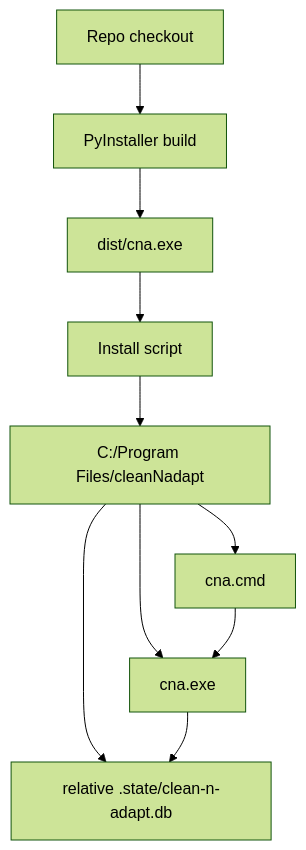
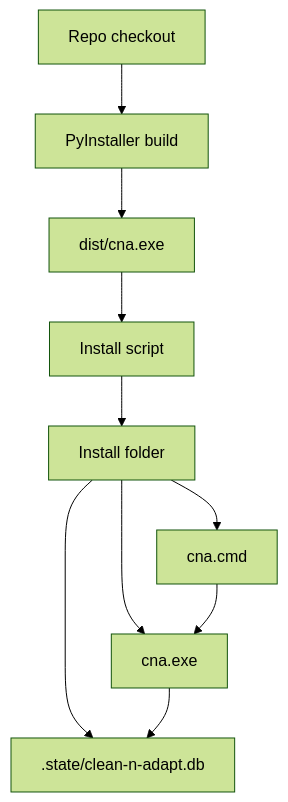
One commit to snehil-pandey/clean-n-adapt changed the second of 7 diagrams in ARCHITECTURE.md. Above: the diagram before and after it, drawn with Mermaid (forest theme). The commit also changed other lines of this file and 2 other files, not shown here.

````diff
--- a/ARCHITECTURE.md
+++ b/ARCHITECTURE.md
@@ -21,12 +29,12 @@
 ```mermaid
 flowchart TD
     Source["Repo checkout"] --> Build["PyInstaller build"]
     Build --> Exe["dist/cna.exe"]
     Exe --> Install["Install script"]
-    Install --> ProgramFiles["C:/Program Files/cleanNadapt"]
-    ProgramFiles --> RuntimeExe["cna.exe"]
-    ProgramFiles --> Launcher["cna.cmd"]
-    ProgramFiles --> State["relative .state/clean-n-adapt.db"]
+    Install --> AppFolder["Install folder"]
+    AppFolder --> RuntimeExe["cna.exe"]
+    AppFolder --> Launcher["cna.cmd"]
+    AppFolder --> State[".state/clean-n-adapt.db"]
     Launcher --> RuntimeExe
     RuntimeExe --> State
 ```
````
